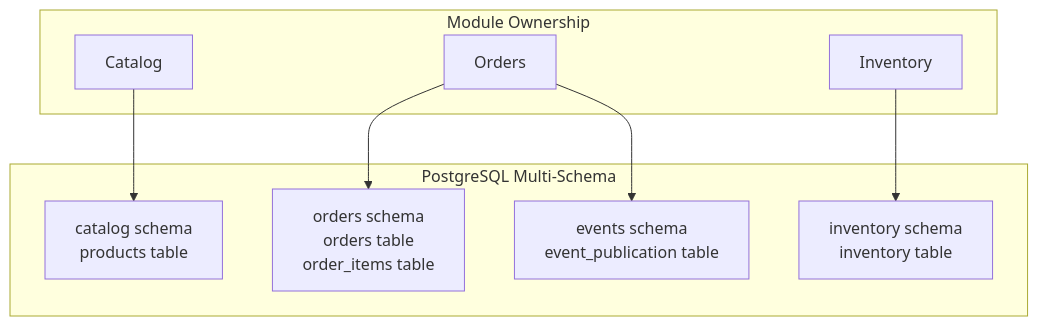
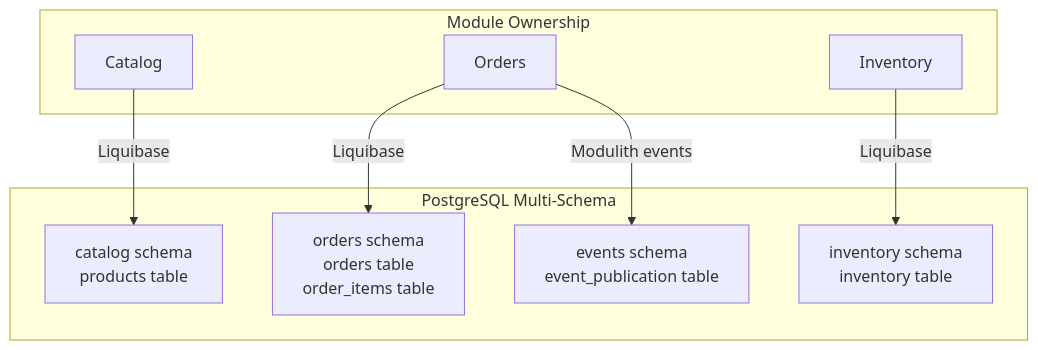
The fifth of 6 diagrams in docs/deepwiki/Business-Modules.md (philipz/spring-modular-monolith), drawn with Mermaid before and after one commit. The commit also changed other lines of this file and 55 other files, not shown here.

````diff
--- a/docs/deepwiki/Business-Modules.md
+++ b/docs/deepwiki/Business-Modules.md
@@ -243,29 +243,29 @@
 ```mermaid
 flowchart TD
 
 CatalogDB["catalog schema<br>products table"]
 OrdersDB["orders schema<br>orders table<br>order_items table"]
 InventoryDB["inventory schema<br>inventory table"]
 EventsDB["events schema<br>event_publication table"]
 Catalog["Catalog"]
 Orders["Orders"]
 Inventory["Inventory"]
 
-Catalog --> CatalogDB
-Orders --> OrdersDB
-Orders --> EventsDB
-Inventory --> InventoryDB
+Catalog -->|"Liquibase"| CatalogDB
+Orders -->|"Liquibase"| OrdersDB
+Orders -->|"Modulith events"| EventsDB
+Inventory -->|"Liquibase"| InventoryDB
 
 subgraph subGraph1 ["Module Ownership"]
     Catalog
     Orders
     Inventory
 end
 
 subgraph subGraph0 ["PostgreSQL Multi-Schema"]
     CatalogDB
     OrdersDB
     InventoryDB
     EventsDB
 end
 ```
````
